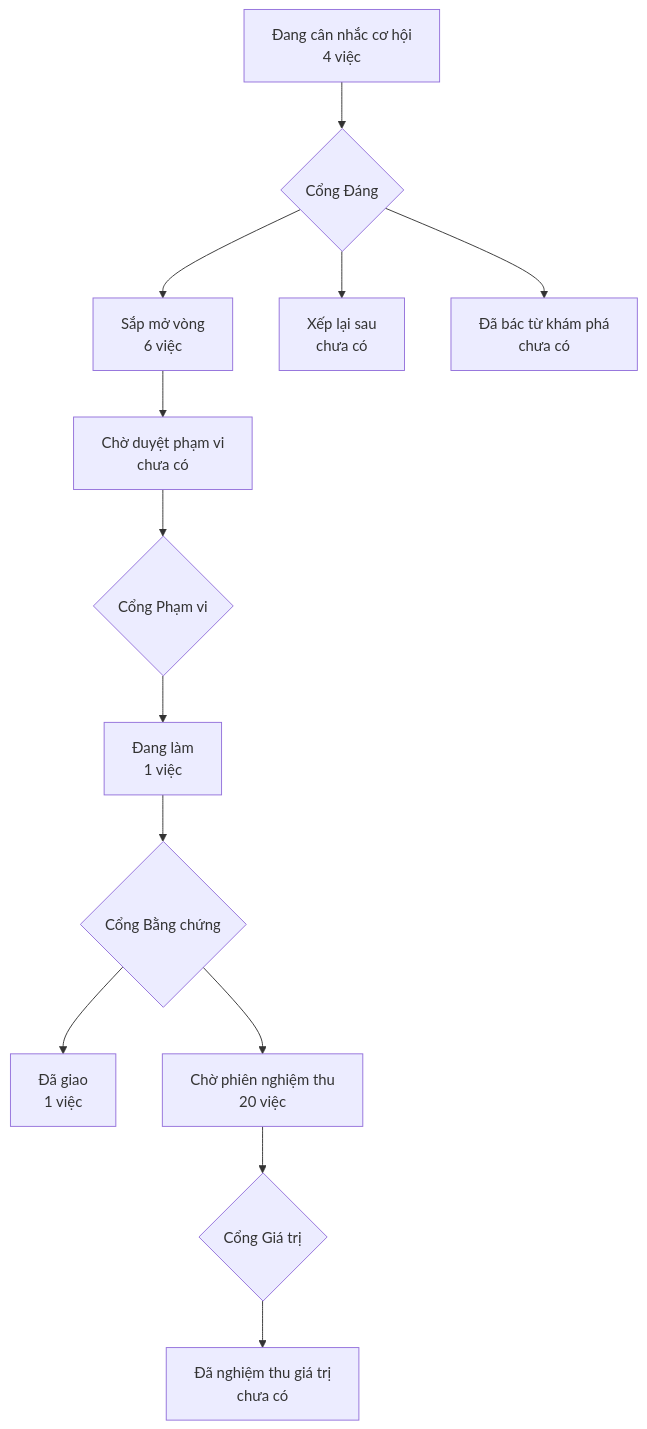
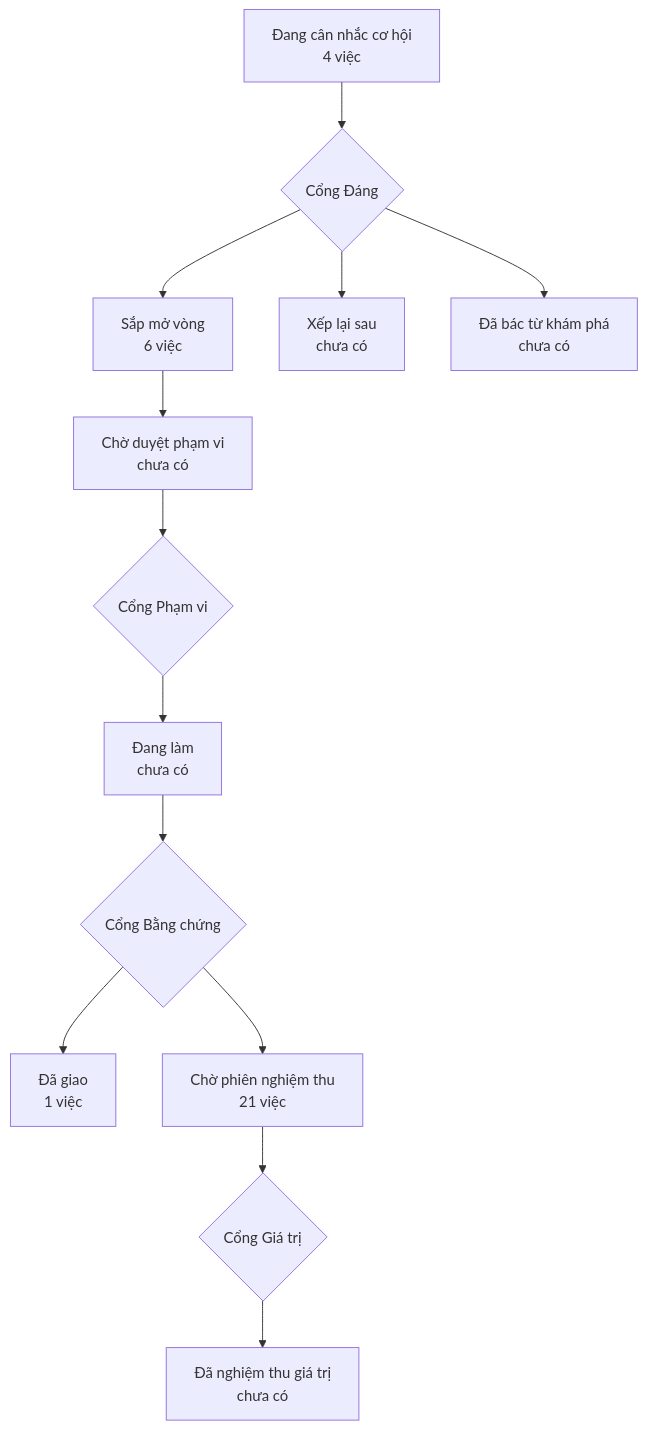
One commit to phanlemanh/onehub-inventory changed the diagram in PRODUCT-MAP.md. Above: the diagram before and after it, drawn with Mermaid. The commit also changed other lines of this file and 4 other files, not shown here.

````diff
--- a/PRODUCT-MAP.md
+++ b/PRODUCT-MAP.md
@@ -7,12 +7,12 @@
 ```mermaid
 flowchart TD
   A["Đang cân nhắc cơ hội<br/>4 việc"] --> GD{"Cổng Đáng"}
   GD --> B["Sắp mở vòng<br/>6 việc"]
   GD --> XL["Xếp lại sau<br/>chưa có"]
   GD --> DB["Đã bác từ khám phá<br/>chưa có"]
   B --> CD["Chờ duyệt phạm vi<br/>chưa có"] --> GP{"Cổng Phạm vi"}
-  GP --> DL["Đang làm<br/>1 việc"] --> GB{"Cổng Bằng chứng"}
+  GP --> DL["Đang làm<br/>chưa có"] --> GB{"Cổng Bằng chứng"}
   GB --> DG["Đã giao<br/>1 việc"]
-  GB --> CN["Chờ phiên nghiệm thu<br/>20 việc"] --> GG{"Cổng Giá trị"}
+  GB --> CN["Chờ phiên nghiệm thu<br/>21 việc"] --> GG{"Cổng Giá trị"}
   GG --> NT["Đã nghiệm thu giá trị<br/>chưa có"]
 ```
````
